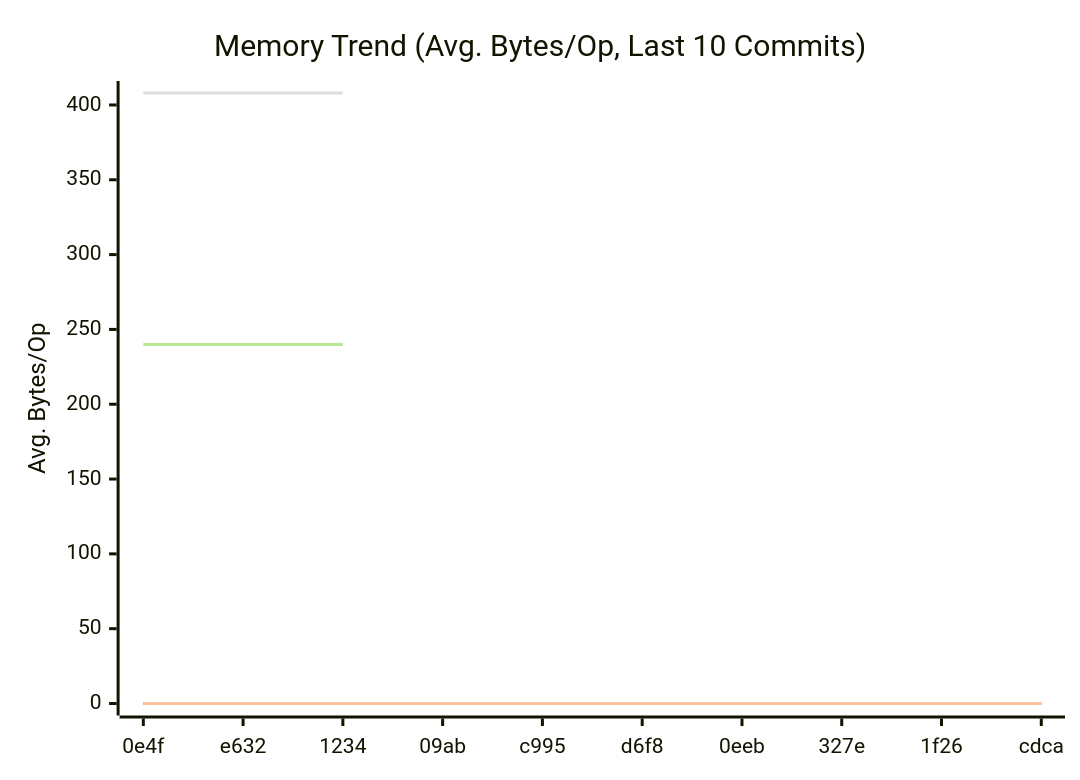
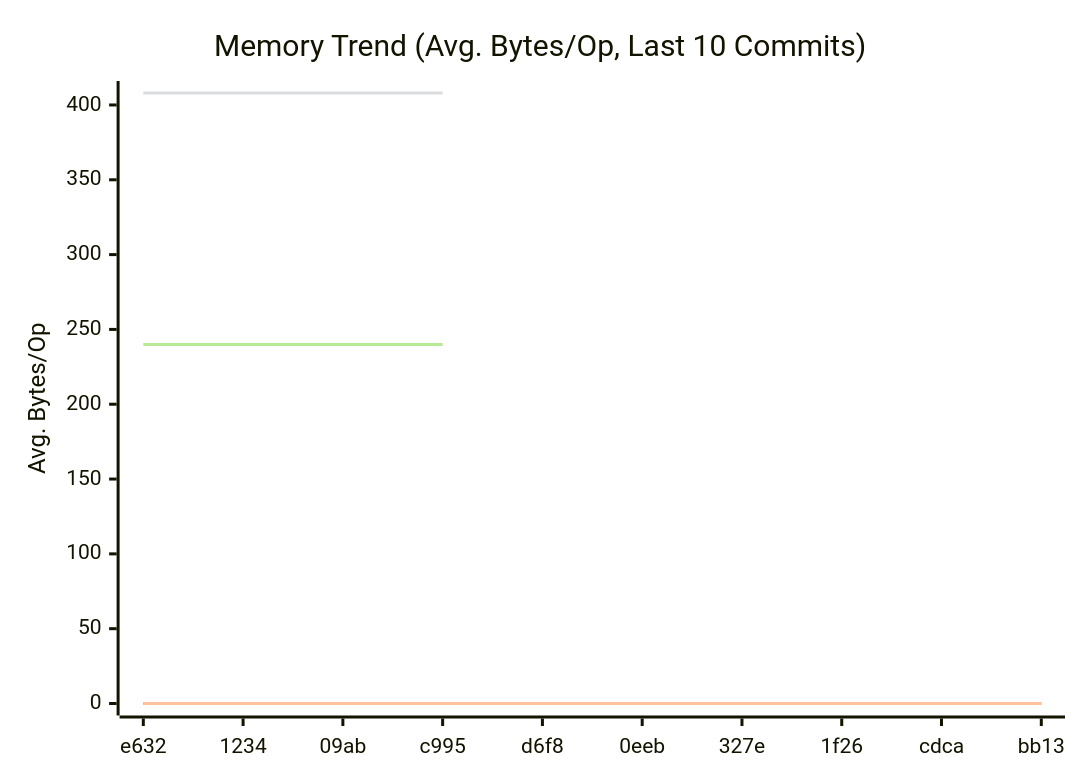
Before and after one commit to alsotoes/momo: the second of 3 diagrams in doc/README.md, drawn with Mermaid. The commit also changed other lines of this file and 1 other file, not shown here.

````diff
--- a/doc/README.md
+++ b/doc/README.md
@@ -309,12 +309,12 @@
 ```mermaid
 xychart-beta
     title "Memory Trend (Avg. Bytes/Op, Last 10 Commits)"
     x-axis "Commit"
     y-axis "Avg. Bytes/Op"
-    x-axis [0e4f,e632,1234,09ab,c995,d6f8,0eeb,327e,1f26,cdca]
+    x-axis [e632,1234,09ab,c995,d6f8,0eeb,327e,1f26,cdca,bb13]
     line "CheckMetricsAndSwap" [0,0,0,0,0,0,0,0,0,0]
     line "IndexDirectTracking" [0,0,0,0,0,0,0,0,0,0]
     line "IndexSearch" [0,0,0,0,0,0,0,0,0,0]
-    line "ParseReplicationOrder_NoPrealloc" [408,408,408]
-    line "ParseReplicationOrder_Prealloc" [240,240,240]
+    line "ParseReplicationOrder_NoPrealloc" [408,408,408,408]
+    line "ParseReplicationOrder_Prealloc" [240,240,240,240]
 ```
````
